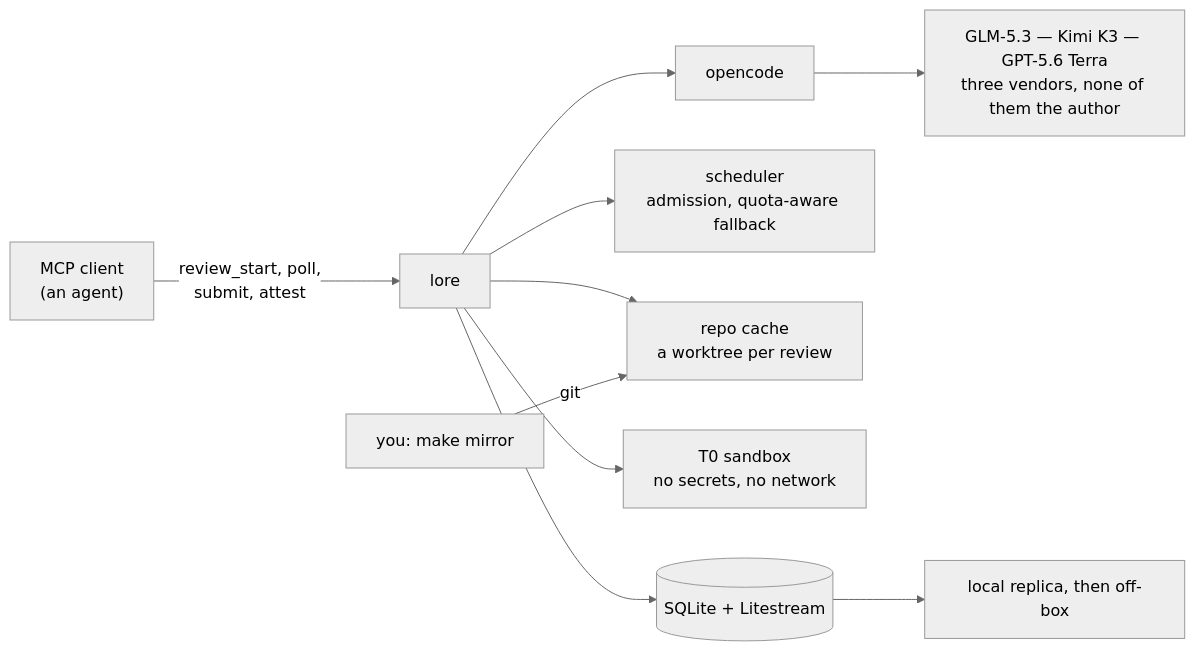
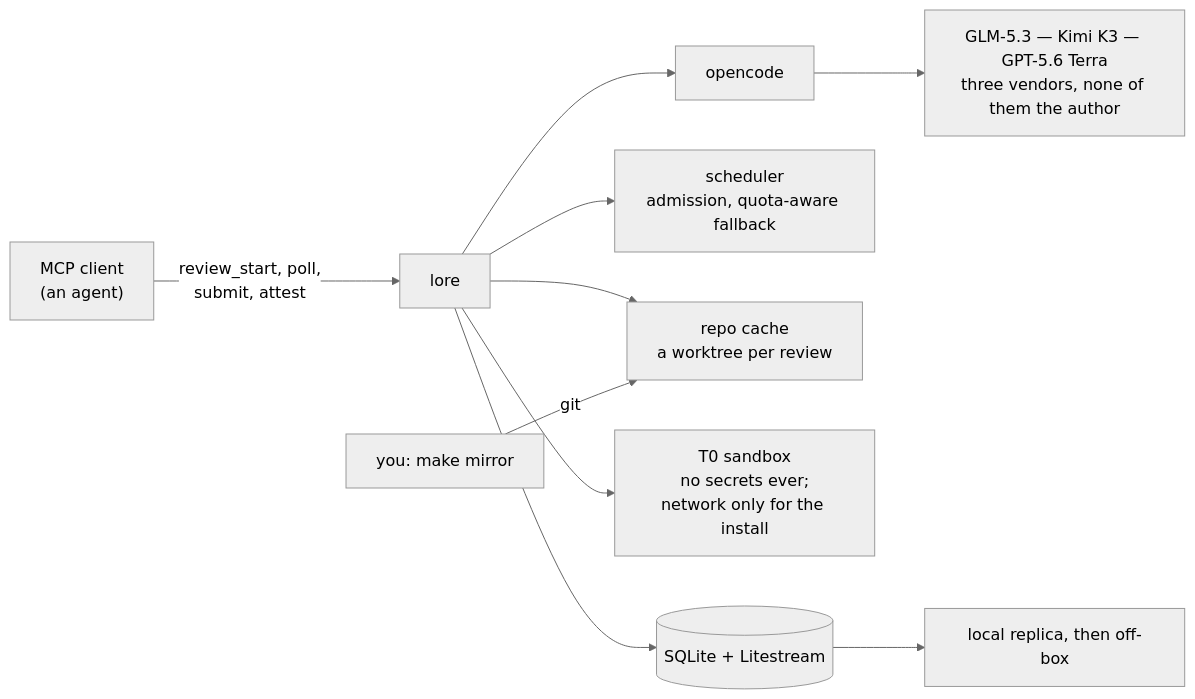
Before and after one commit to Vany/lore: the third of 3 diagrams in README.md, drawn with Mermaid (neutral theme). The commit also changed other lines of this file and 1 other file, not shown here.

````diff
--- a/README.md
+++ b/README.md
@@ -264,11 +264,11 @@
 ```mermaid
 flowchart LR
     C["MCP client<br/>(an agent)"] -->|"review_start, poll,<br/>submit, attest"| L["lore"]
     L --> OC["opencode"] --> M["GLM-5.3 — Kimi K3 — GPT-5.6 Terra<br/>three vendors, none of them the author"]
     L --> S["scheduler<br/>admission, quota-aware fallback"]
     L --> W["repo cache<br/>a worktree per review"]
-    L --> T0["T0 sandbox<br/>no secrets, no network"]
+    L --> T0["T0 sandbox<br/>no secrets ever;<br/>network only for the install"]
     L --> DB[("SQLite + Litestream")]
     DB --> RP["local replica, then off-box"]
     YOU["you: make mirror"] -->|"git"| W
 ```
````
